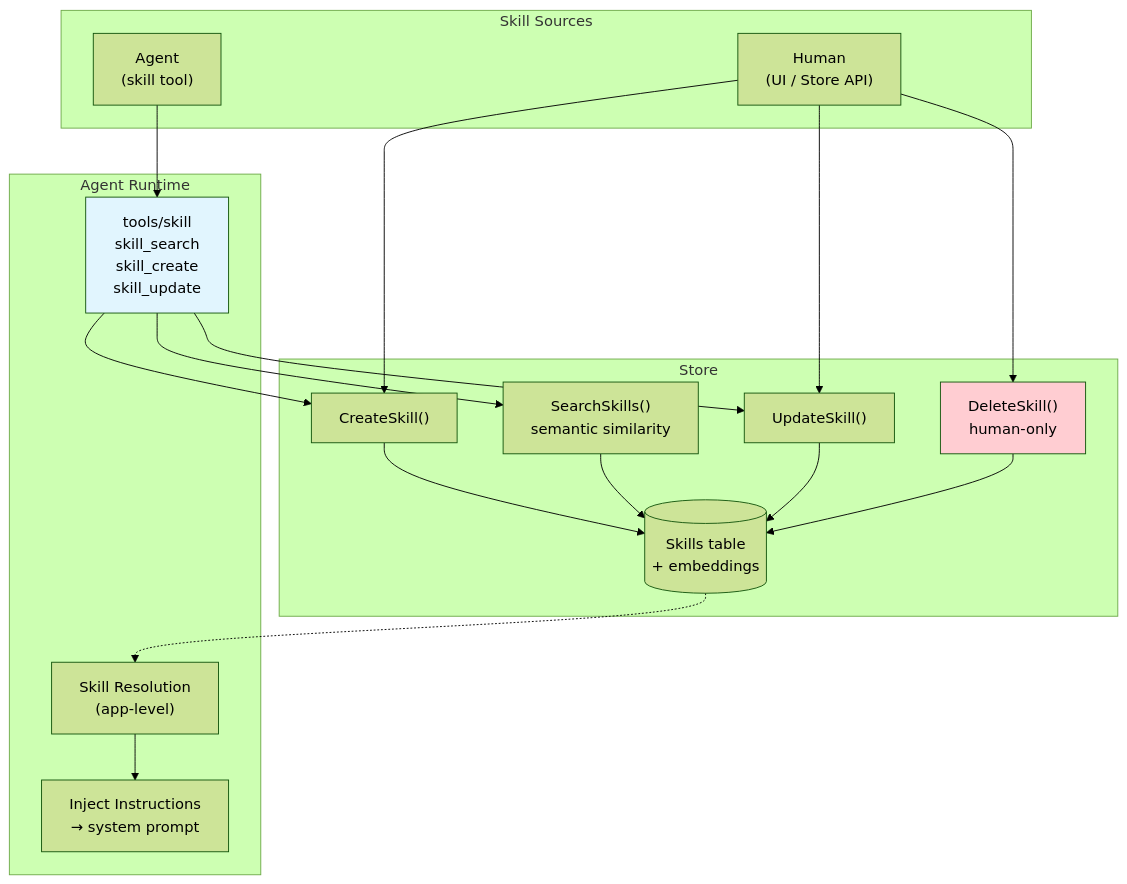
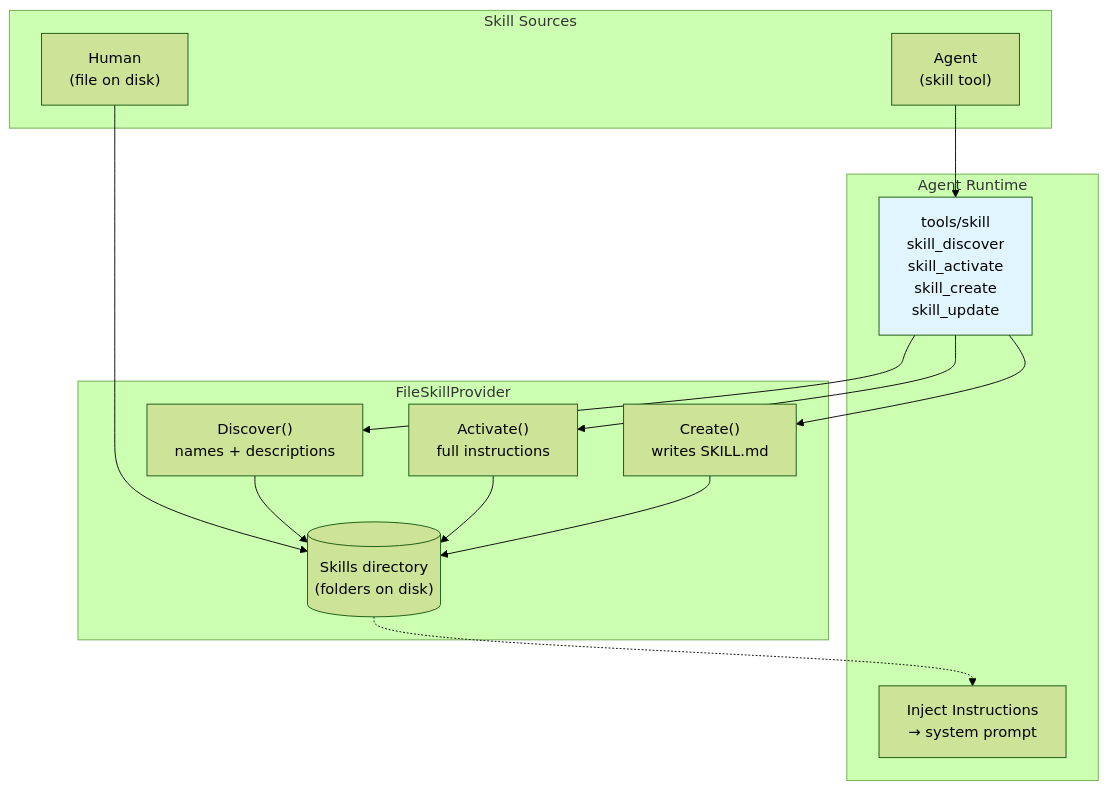
One commit to nevindra/oasis changed the first of 6 diagrams in docs/guides/skills.md. Above: the diagram before and after it, drawn with Mermaid (forest theme). The commit also changed other lines of this file and 22 other files, not shown here.

First line of the commit message:
feat!: replace DB-backed skills with file-based SkillProvider

````diff
--- a/docs/guides/skills.md
+++ b/docs/guides/skills.md
@@ -7,38 +7,31 @@
 ```mermaid
 flowchart TB
     subgraph "Skill Sources"
-        HUMAN["Human<br>(UI / Store API)"]
+        HUMAN["Human<br>(file on disk)"]
         AGENT["Agent<br>(skill tool)"]
     end
 
-    subgraph "Store"
-        CREATE["CreateSkill()"]
-        SEARCH["SearchSkills()<br>semantic similarity"]
-        UPDATE["UpdateSkill()"]
-        DELETE["DeleteSkill()<br>human-only"]
-        DB[("Skills table<br>+ embeddings")]
+    subgraph "FileSkillProvider"
+        DISCOVER["Discover()<br>names + descriptions"]
+        ACTIVATE["Activate()<br>full instructions"]
+        CREATE["Create()<br>writes SKILL.md"]
+        DIR[("Skills directory<br>(folders on disk)")]
     end
 
     subgraph "Agent Runtime"
-        TOOL["tools/skill<br>skill_search<br>skill_create<br>skill_update"]
-        RESOLVE["Skill Resolution<br>(app-level)"]
+        TOOL["tools/skill<br>skill_discover<br>skill_activate<br>skill_create<br>skill_update"]
         INJECT["Inject Instructions<br>→ system prompt"]
     end
 
-    HUMAN --> CREATE
-    HUMAN --> UPDATE
-    HUMAN --> DELETE
+    HUMAN --> DIR
     AGENT --> TOOL
+    TOOL --> DISCOVER
+    TOOL --> ACTIVATE
     TOOL --> CREATE
-    TOOL --> SEARCH
-    TOOL --> UPDATE
-    CREATE --> DB
-    SEARCH --> DB
-    UPDATE --> DB
-    DELETE --> DB
-    DB -.-> RESOLVE
-    RESOLVE --> INJECT
+    DISCOVER --> DIR
+    ACTIVATE --> DIR
+    CREATE --> DIR
+    DIR -.-> INJECT
 
-    style DELETE fill:#ffcdd2
     style TOOL fill:#e1f5fe
 ```
````
